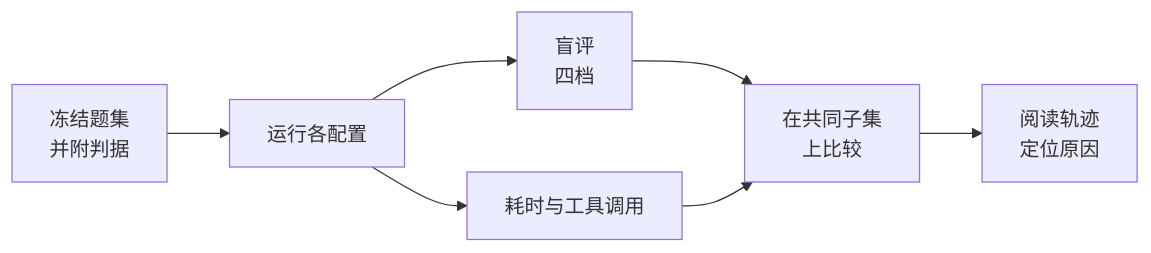
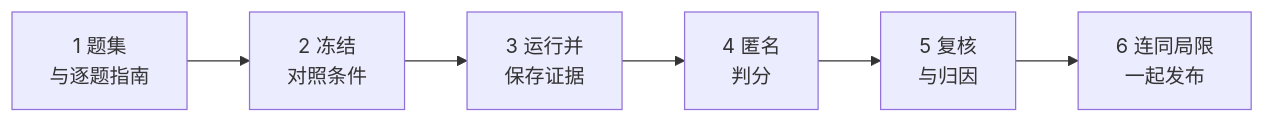
Before and after one commit to context4ai/portal: the diagram in translations/zh-CN/sop/practices/evaluating-your-knowledge-base.md, drawn with Mermaid. The commit also changed other lines of this file and 16 other files, not shown here.

````diff
--- a/translations/zh-CN/sop/practices/evaluating-your-knowledge-base.md
+++ b/translations/zh-CN/sop/practices/evaluating-your-knowledge-base.md
@@ -16,9 +18,8 @@
 ```mermaid
 flowchart LR
-  set["冻结题集<br/>并附判据"] --> run["运行各配置"]
-  run --> grade["盲评<br/>四档"]
-  run --> time["耗时与工具调用"]
-  grade --> compare["在共同子集<br/>上比较"]
-  time --> compare
-  compare --> trace["阅读轨迹<br/>定位原因"]
+  set["1 题集<br/>与逐题指南"] --> freeze["2 冻结<br/>对照条件"]
+  freeze --> run["3 运行并<br/>保存证据"]
+  run --> grade["4 匿名<br/>判分"]
+  grade --> review["5 复核<br/>与归因"]
+  review --> report["6 连同局限<br/>一起发布"]
 ```
````
